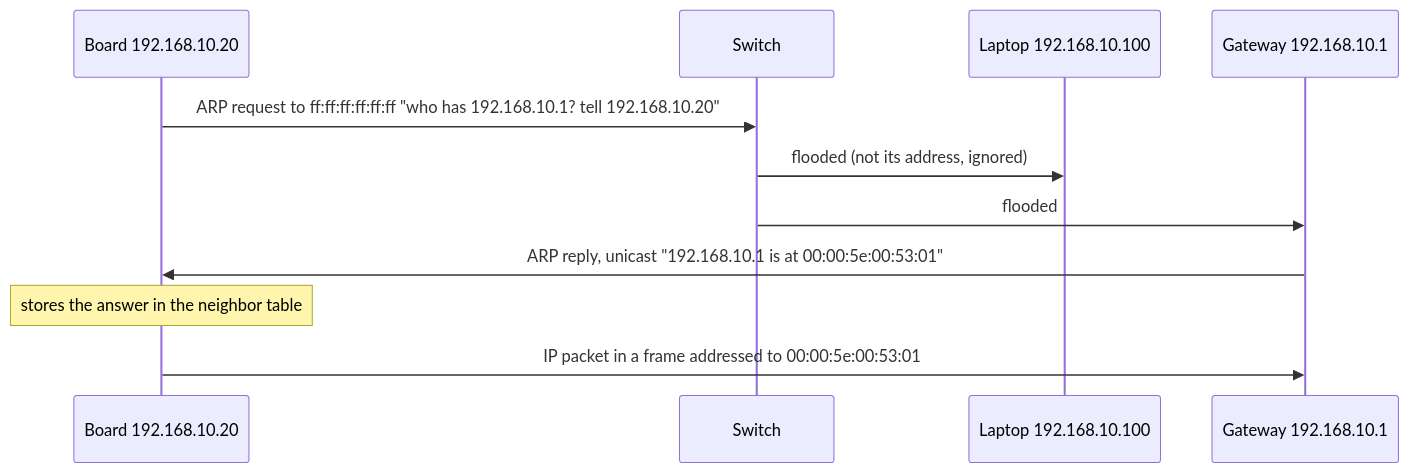
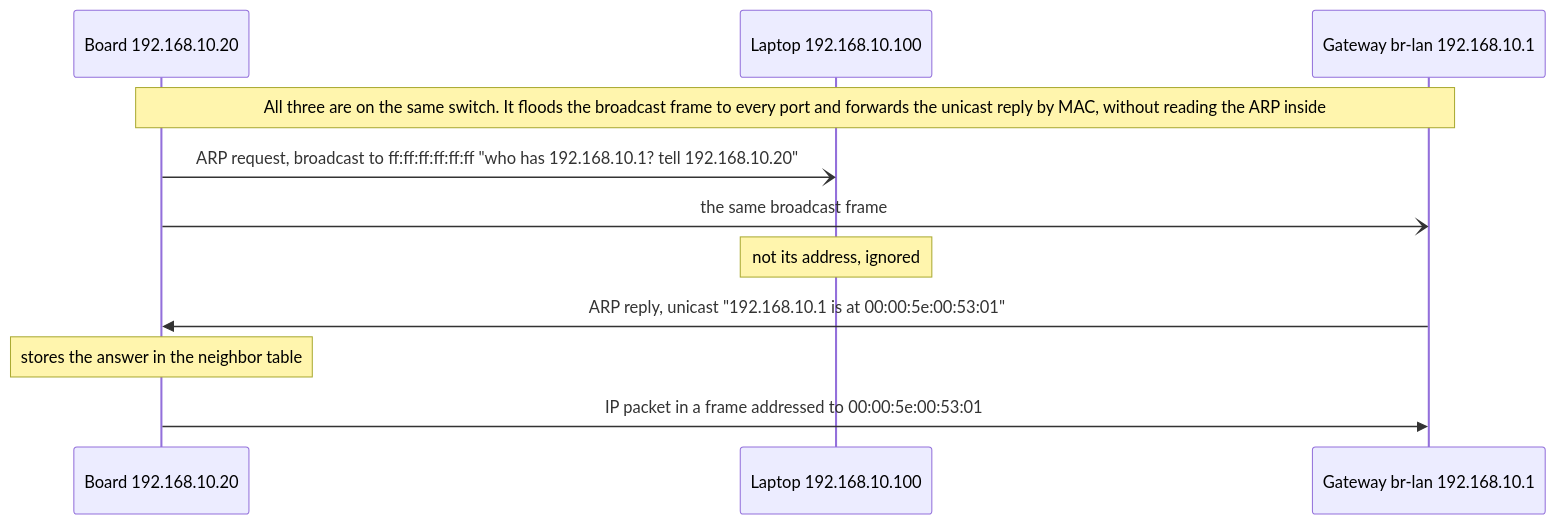
The second of 11 diagrams in networking/fundamentals/fundamentals.md (yassineflag/engineering-notes-public), drawn with Mermaid before and after one commit. The commit also changed other lines of this file, not shown here.

````diff
--- a/networking/fundamentals/fundamentals.md
+++ b/networking/fundamentals/fundamentals.md
@@ -269,13 +308,13 @@
 ```mermaid
 sequenceDiagram
     participant B as Board 192.168.10.20
-    participant S as Switch
     participant L as Laptop 192.168.10.100
-    participant G as Gateway 192.168.10.1
-    B->>S: ARP request to ff:ff:ff:ff:ff:ff "who has 192.168.10.1? tell 192.168.10.20"
-    S->>L: flooded (not its address, ignored)
-    S->>G: flooded
+    participant G as Gateway br-lan 192.168.10.1
+    Note over B,G: All three are on the same switch. It floods the broadcast frame to every port and forwards the unicast reply by MAC, without reading the ARP inside
+    B-)L: ARP request, broadcast to ff:ff:ff:ff:ff:ff "who has 192.168.10.1? tell 192.168.10.20"
+    B-)G: the same broadcast frame
+    Note over L: not its address, ignored
     G->>B: ARP reply, unicast "192.168.10.1 is at 00:00:5e:00:53:01"
     Note over B: stores the answer in the neighbor table
     B->>G: IP packet in a frame addressed to 00:00:5e:00:53:01
 ```
````
